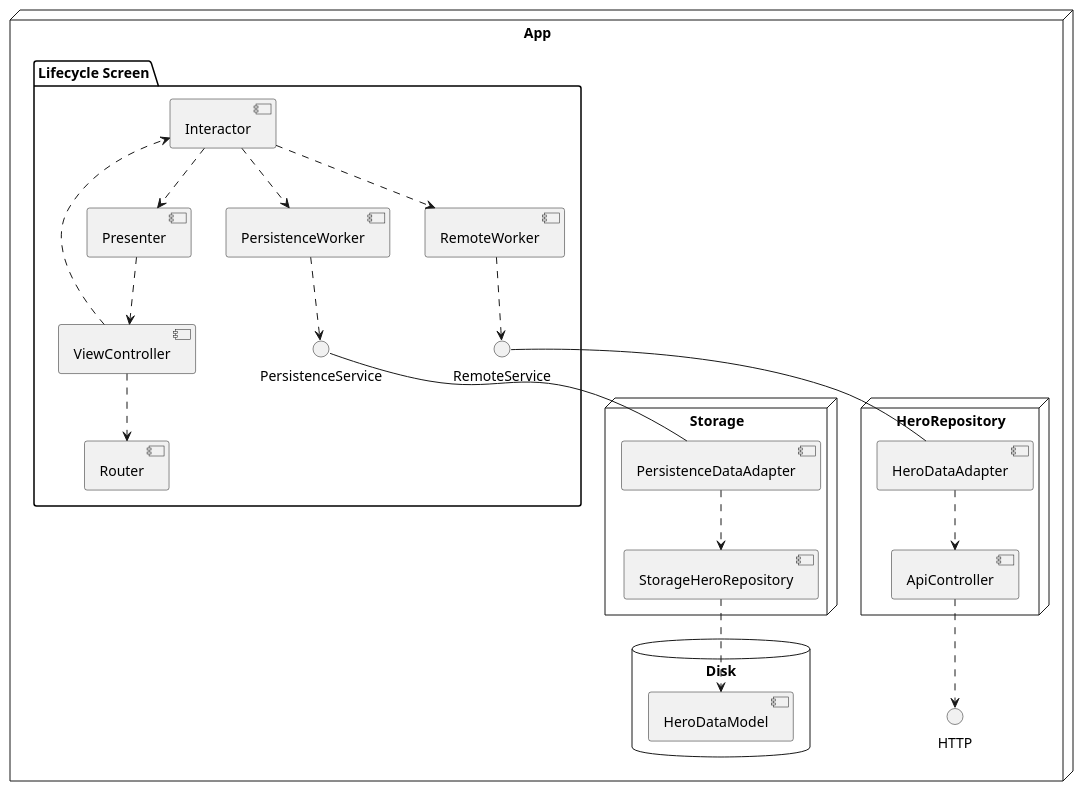
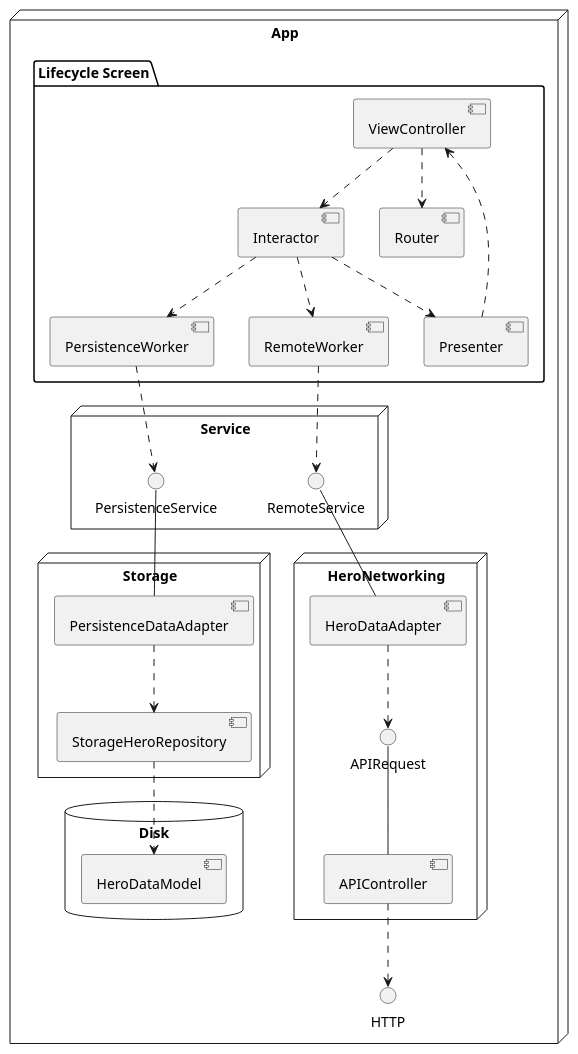
The diagram in docs/architecture/arch_components_diagrama.wsd (diogo-lins/Marvel-iOSApp), drawn with PlantUML before and after one commit. The commit also changed 7 other files, not shown here.

```diff
--- a/docs/architecture/arch_components_diagrama.wsd
+++ b/docs/architecture/arch_components_diagrama.wsd
@@ -1,49 +1,53 @@
 @startuml "MarvelHeros Architecture"
 
 node "App" as App {
     folder "Lifecycle Screen" {
-        interface PersistenceService
-        interface RemoteService
         [ViewController]
         [Interactor]
         [Presenter]
         [RemoteWorker]
         [PersistenceWorker]
         [Router]
+
+        [ViewController]..>[Interactor]
+        [ViewController]..>[Router]
+        [Interactor]..>[Presenter]
+        [Presenter]..>[ViewController]
+        [Interactor]..>[RemoteWorker]
+        [Interactor]..>[PersistenceWorker]
     }
 
-    [ViewController]..>[Interactor]
-    [ViewController]..>[Router]
-    [Interactor]..>[Presenter]
-    [Presenter]..>[ViewController]
-    [Interactor]..>[RemoteWorker]
-    [Interactor]..>[PersistenceWorker]
-    [RemoteWorker]..>[RemoteService]
-    [PersistenceWorker]..>[PersistenceService]
-
+    node "Service" as Service {
+        interface PersistenceService
+        interface RemoteService
+    }
 
     node "Storage" as Storage {
         [PersistenceDataAdapter]
         [StorageHeroRepository]
 
         [PersistenceDataAdapter]..>[StorageHeroRepository]
     }
 
-    node "HeroRepository" as HeroRepository {
+    node "HeroNetworking" as HeroNetworking {
         [HeroDataAdapter]
-        [ApiController]
+        interface APIRequest
+        [APIController]
 
-        [HeroDataAdapter]..>[ApiController]
+        [HeroDataAdapter] ..> APIRequest
+        APIRequest -- [APIController]
     }
 
     database "Disk" {
         [HeroDataModel]
     }
 
+    [RemoteWorker]..>[RemoteService]
+    [PersistenceWorker]..>[PersistenceService]
     PersistenceService -- [PersistenceDataAdapter]
     RemoteService -- [HeroDataAdapter]
     [StorageHeroRepository] ..> [HeroDataModel]
-    [ApiController] ..> HTTP
+    [APIController] ..> HTTP
 }
 
 @enduml
```
